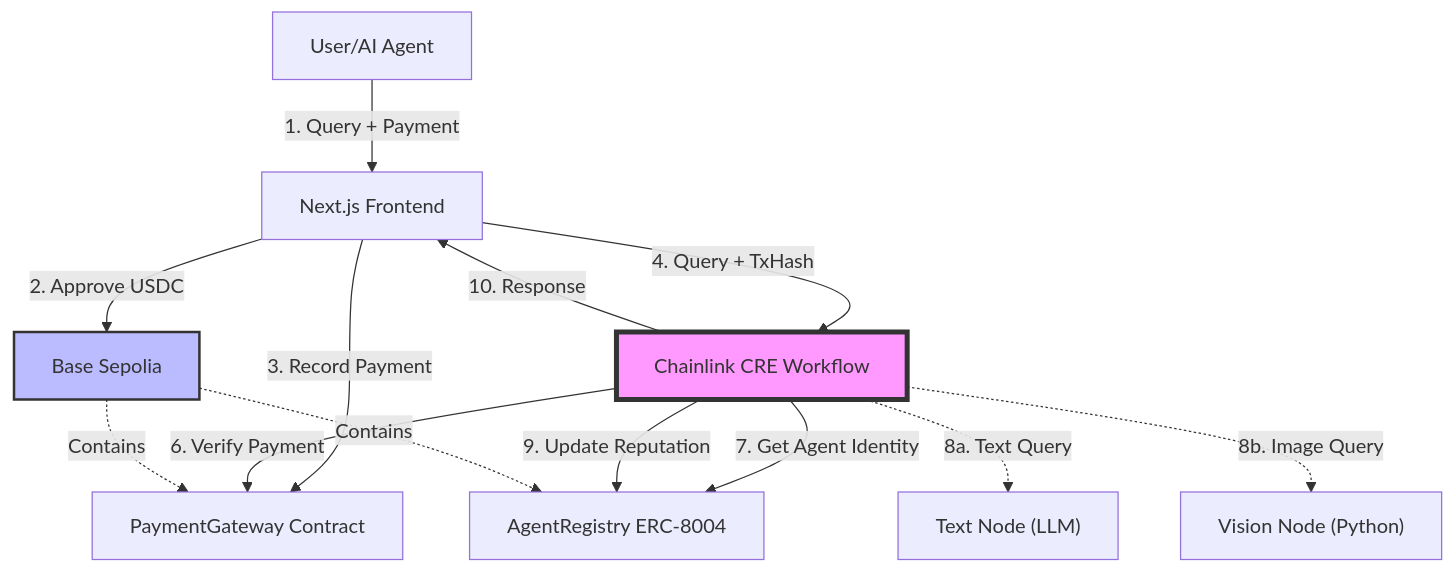
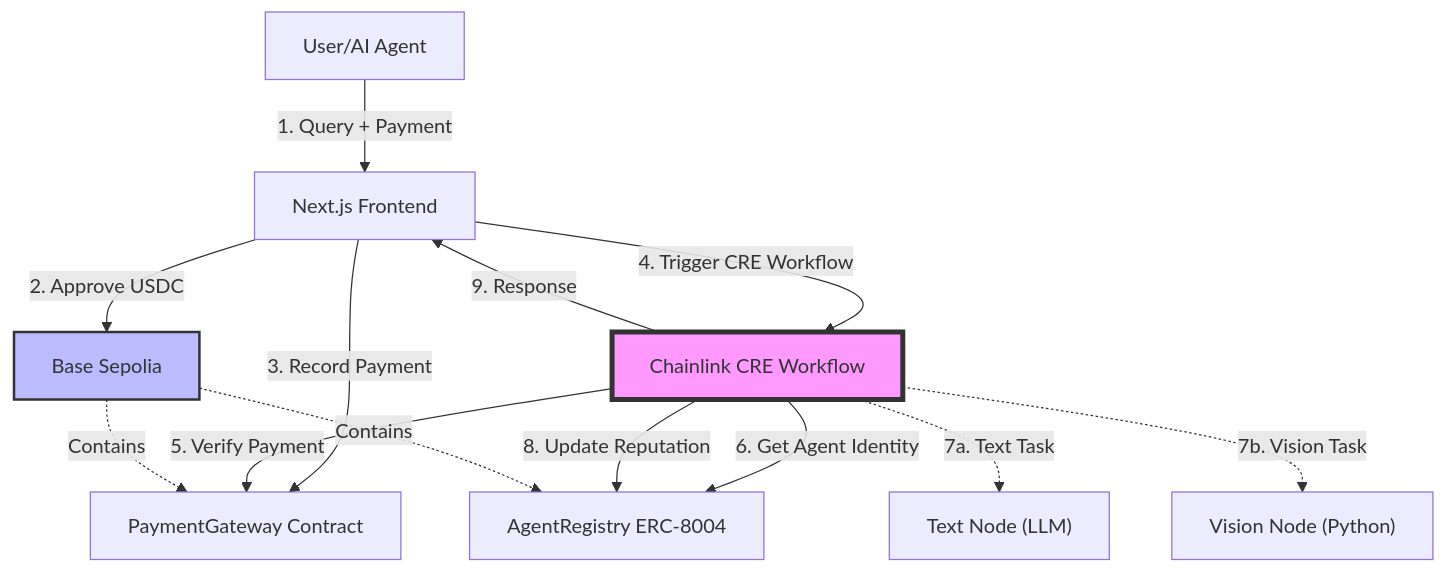
One commit to HACK3R-CRYPTO/MindChain-CRE- changed the diagram in README.md. Above: the diagram before and after it, drawn with Mermaid.

Commit message:
docs: Perfect Architecture diagram numbering and syntax

````diff
--- a/README.md
+++ b/README.md
@@ -56,22 +56,22 @@
 ```mermaid
 graph TB
     User[User/AI Agent] -->|1. Query + Payment| Frontend[Next.js Frontend]
     Frontend -->|2. Approve USDC| BaseSepolia[Base Sepolia]
-    Frontend -->|3. Record Payment| PaymentGateway[PaymentGateway Contract]
-    Frontend -->|4. Query + TxHash| CRE[Chainlink CRE Workflow]
+    Frontend -->|3. Record Payment| PaymentGateway["PaymentGateway Contract"]
+    Frontend -->|4. Trigger CRE Workflow| CRE[Chainlink CRE Workflow]
     
-    CRE -->|6. Verify Payment| PaymentGateway["PaymentGateway Contract"]
-    CRE -->|7. Get Agent Identity| AgentRegistry["AgentRegistry ERC-8004"]
+    CRE -->|5. Verify Payment| PaymentGateway
+    CRE -->|6. Get Agent Identity| AgentRegistry["AgentRegistry ERC-8004"]
     
-    CRE -.->|8a. Text Query| Gemini["Text Node (LLM)"]
-    CRE -.->|8b. Image Query| VisionNode["Vision Node (Python)"]
+    CRE -.->|7a. Text Task| Gemini["Text Node (LLM)"]
+    CRE -.->|7b. Vision Task| VisionNode["Vision Node (Python)"]
     
-    CRE -->|9. Update Reputation| AgentRegistry
-    CRE -->|10. Response| Frontend
+    CRE -->|8. Update Reputation| AgentRegistry
+    CRE -->|9. Response| Frontend
     
     BaseSepolia -.->|Contains| PaymentGateway
     BaseSepolia -.->|Contains| AgentRegistry
     
     style CRE fill:#f9f,stroke:#333,stroke-width:4px
     style BaseSepolia fill:#bbf,stroke:#333,stroke-width:2px
 ```
````
